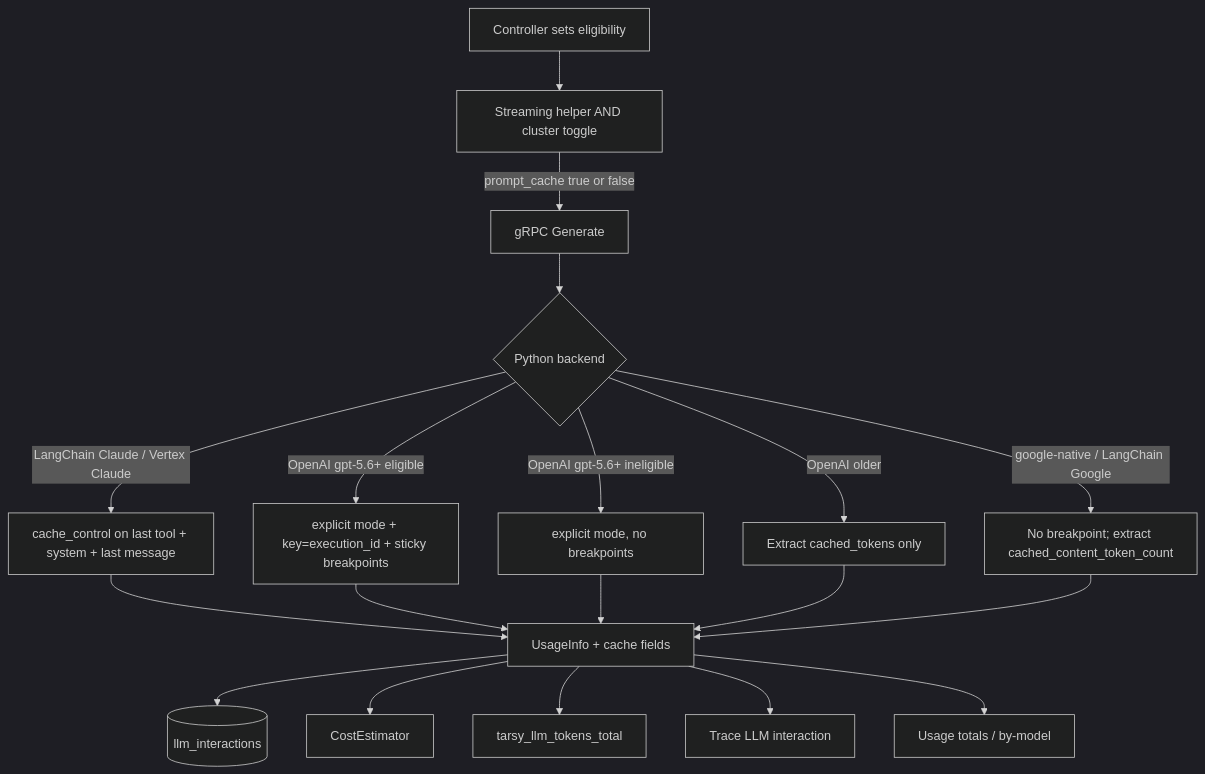
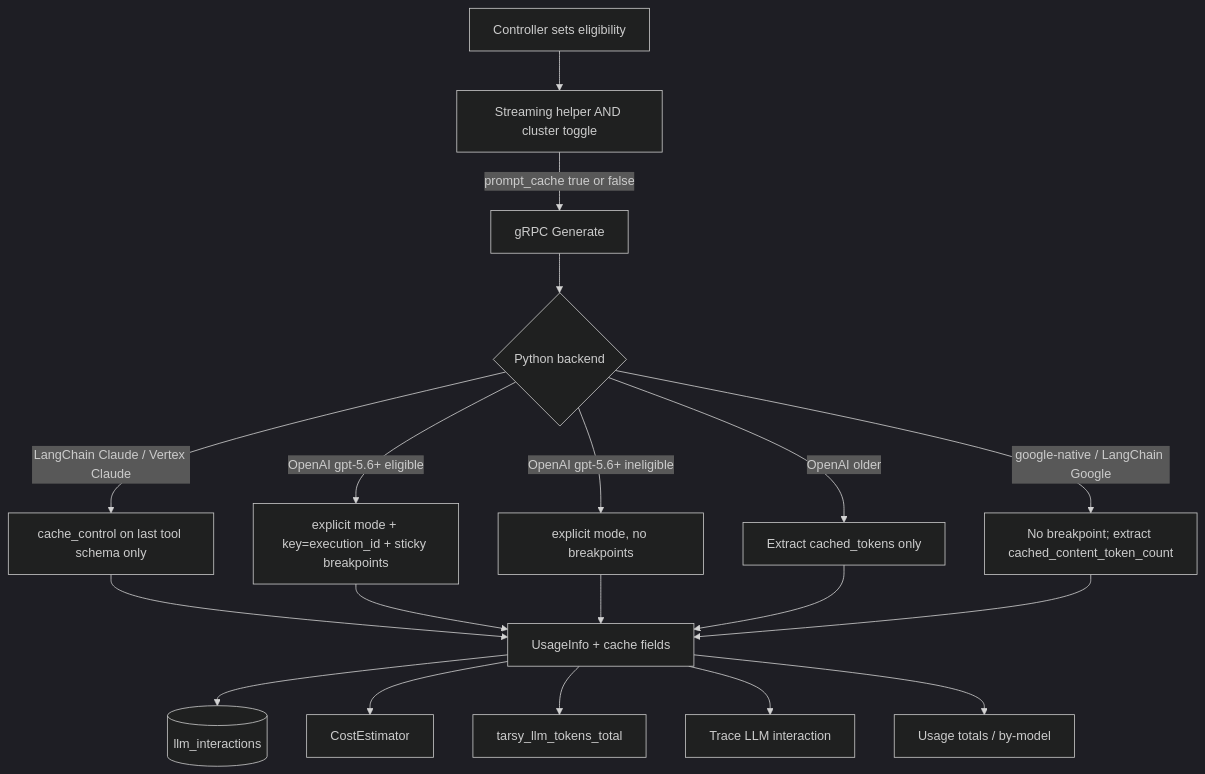
The diagram in docs/adr/0026-prompt-caching.md (codeready-toolchain/tarsy), drawn with Mermaid (dark theme) before and after one commit. The commit also changed other lines of this file and 3 other files, not shown here.

First line of the commit message:
fix: keep Claude prompt-cache breakpoints sticky (#334)

````diff
--- a/docs/adr/0026-prompt-caching.md
+++ b/docs/adr/0026-prompt-caching.md
@@ -85,23 +85,23 @@
 ```mermaid
 flowchart TD
   ctrl[Controller sets eligibility]
   toggle[Streaming helper AND cluster toggle]
   ctrl --> toggle
   toggle -->|prompt_cache true or false| grpc[gRPC Generate]
   grpc --> py{Python backend}
-  py -->|LangChain Claude / Vertex Claude| claude[cache_control on last tool + system + last message]
+  py -->|LangChain Claude / Vertex Claude| claude[cache_control on last tool schema only]
   py -->|OpenAI gpt-5.6+ eligible| oai[explicit mode + key=execution_id + sticky breakpoints]
   py -->|OpenAI gpt-5.6+ ineligible| oaiOff[explicit mode, no breakpoints]
   py -->|OpenAI older| oaiOld[Extract cached_tokens only]
   py -->|google-native / LangChain Google| gemini[No breakpoint; extract cached_content_token_count]
   claude --> usage[UsageInfo + cache fields]
   oai --> usage
   oaiOff --> usage
   oaiOld --> usage
   gemini --> usage
   usage --> db[(llm_interactions)]
   usage --> cost[CostEstimator]
   usage --> metrics[tarsy_llm_tokens_total]
   usage --> trace[Trace LLM interaction]
   usage --> usagePage[Usage totals / by-model]
 ```
````
